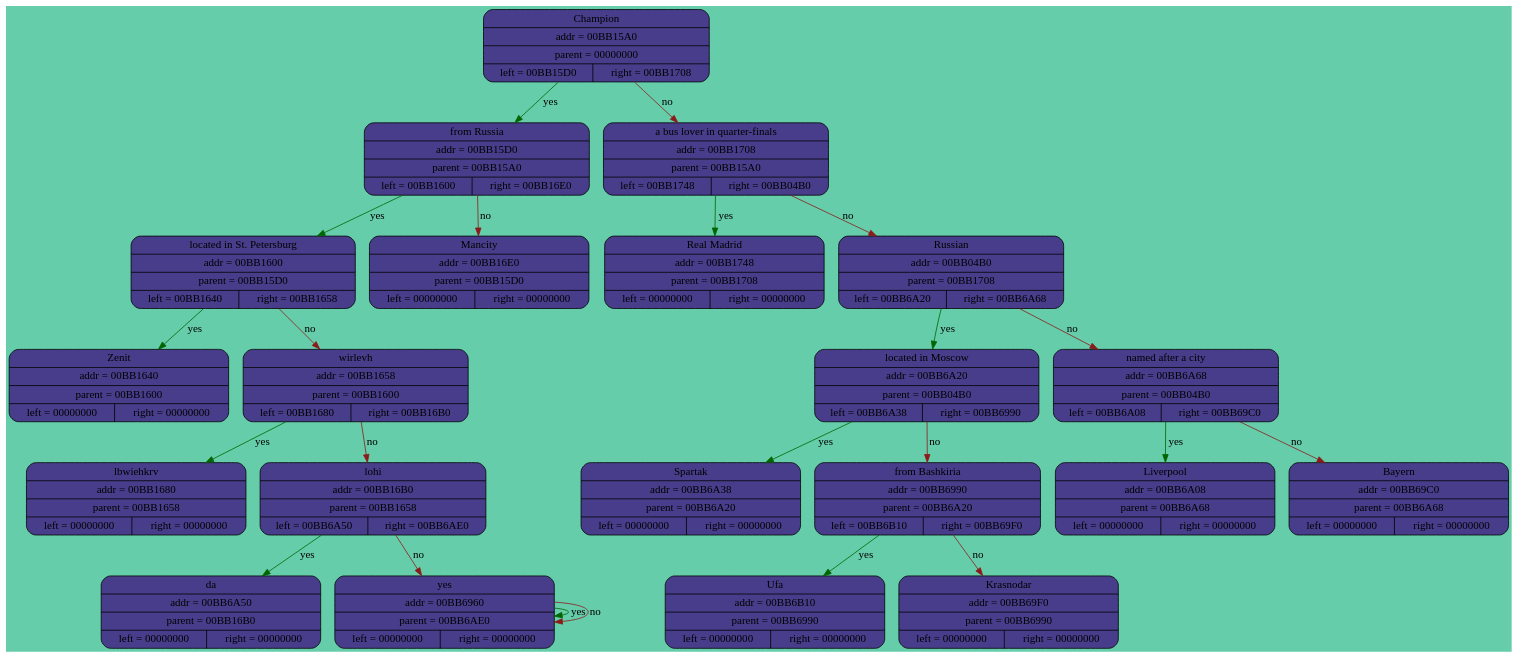
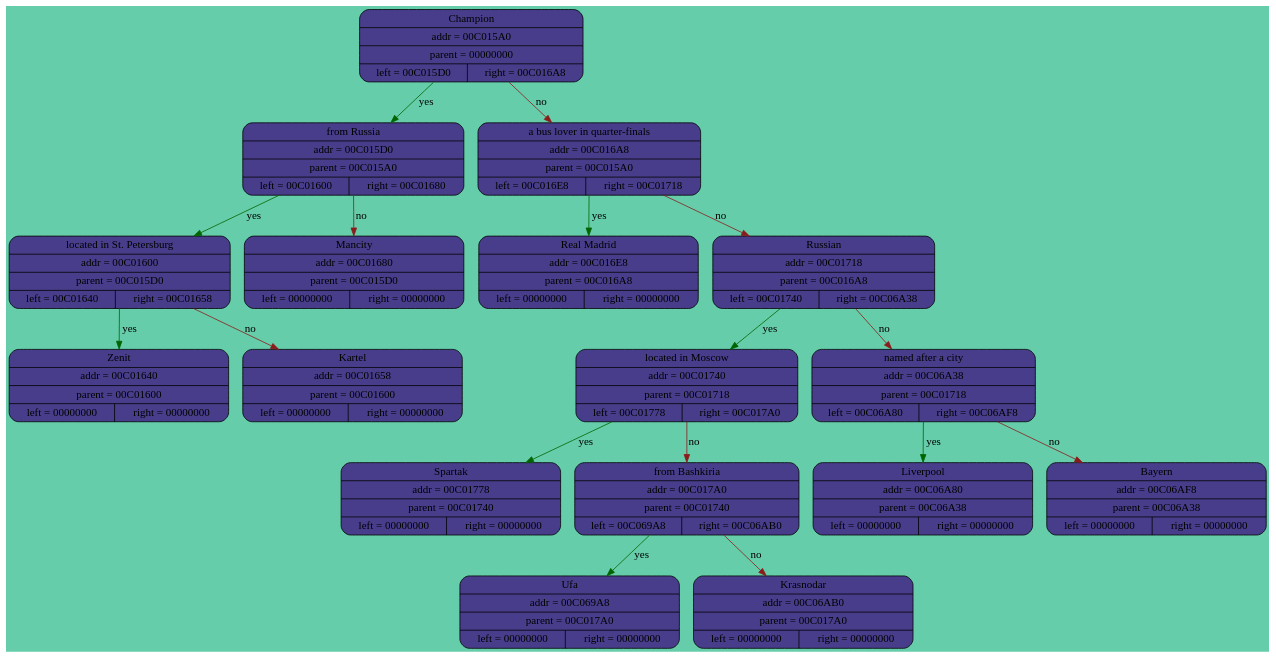
The diagram in Dump.dot (maachs/Akinator), drawn with Graphviz before and after one commit. The commit also changed 9 other files, not shown here.

```diff
--- a/Dump.dot
+++ b/Dump.dot
@@ -1,61 +1,46 @@
 digraph G
 {
  rankdir = UD
 bgcolor = "aquamarine3"
-"Champion" [shape = Mrecord, style = "filled", fillcolor = "darkslateblue", label = "{Champion | addr = 00BB15A0 | parent = 00000000 | {left = 00BB15D0 | right = 00BB1708}}"];
-"from Russia" [shape = Mrecord, style = "filled", fillcolor = "darkslateblue", label = "{from Russia | addr = 00BB15D0 | parent = 00BB15A0 | {left = 00BB1600 | right = 00BB16E0}}"];
-"located in St. Petersburg" [shape = Mrecord, style = "filled", fillcolor = "darkslateblue", label = "{located in St. Petersburg | addr = 00BB1600 | parent = 00BB15D0 | {left = 00BB1640 | right = 00BB1658}}"];
-"Zenit" [shape = Mrecord, style = "filled", fillcolor = "darkslateblue", label = "{Zenit | addr = 00BB1640 | parent = 00BB1600 | {left = 00000000 | right = 00000000}}"];
+"Champion" [shape = Mrecord, style = "filled", fillcolor = "darkslateblue", label = "{Champion | addr = 00C015A0 | parent = 00000000 | {left = 00C015D0 | right = 00C016A8}}"];
+"from Russia" [shape = Mrecord, style = "filled", fillcolor = "darkslateblue", label = "{from Russia | addr = 00C015D0 | parent = 00C015A0 | {left = 00C01600 | right = 00C01680}}"];
+"located in St. Petersburg" [shape = Mrecord, style = "filled", fillcolor = "darkslateblue", label = "{located in St. Petersburg | addr = 00C01600 | parent = 00C015D0 | {left = 00C01640 | right = 00C01658}}"];
+"Zenit" [shape = Mrecord, style = "filled", fillcolor = "darkslateblue", label = "{Zenit | addr = 00C01640 | parent = 00C01600 | {left = 00000000 | right = 00000000}}"];
  edge[color = "darkgreen", label = "yes"];
-"located in St. Petersburg" -> "Zenit";"wirlevh" [shape = Mrecord, style = "filled", fillcolor = "darkslateblue", label = "{wirlevh | addr = 00BB1658 | parent = 00BB1600 | {left = 00BB1680 | right = 00BB16B0}}"];
-"lbwiehkrv" [shape = Mrecord, style = "filled", fillcolor = "darkslateblue", label = "{lbwiehkrv | addr = 00BB1680 | parent = 00BB1658 | {left = 00000000 | right = 00000000}}"];
+"located in St. Petersburg" -> "Zenit";"Kartel" [shape = Mrecord, style = "filled", fillcolor = "darkslateblue", label = "{Kartel | addr = 00C01658 | parent = 00C01600 | {left = 00000000 | right = 00000000}}"];
+ edge[color = "firebrick4", label = "no"];
+"located in St. Petersburg" -> "Kartel";
  edge[color = "darkgreen", label = "yes"];
-"wirlevh" -> "lbwiehkrv";"lohi" [shape = Mrecord, style = "filled", fillcolor = "darkslateblue", label = "{lohi | addr = 00BB16B0 | parent = 00BB1658 | {left = 00BB6A50 | right = 00BB6AE0}}"];
-"da" [shape = Mrecord, style = "filled", fillcolor = "darkslateblue", label = "{da | addr = 00BB6A50 | parent = 00BB16B0 | {left = 00000000 | right = 00000000}}"];
- edge[color = "darkgreen", label = "yes"];
-"lohi" -> "da";"yes" [shape = Mrecord, style = "filled", fillcolor = "darkslateblue", label = "{yes | addr = 00BB6AE0 | parent = 00BB16B0 | {left = 00BB6B28 | right = 00BB6960}}"];
-"yes" [shape = Mrecord, style = "filled", fillcolor = "darkslateblue", label = "{yes | addr = 00BB6B28 | parent = 00BB6AE0 | {left = 00000000 | right = 00000000}}"];
- edge[color = "darkgreen", label = "yes"];
-"yes" -> "yes";"yes" [shape = Mrecord, style = "filled", fillcolor = "darkslateblue", label = "{yes | addr = 00BB6960 | parent = 00BB6AE0 | {left = 00000000 | right = 00000000}}"];
- edge[color = "firebrick4", label = "no"];
-"yes" -> "yes";
- edge[color = "firebrick4", label = "no"];
-"lohi" -> "yes";
- edge[color = "firebrick4", label = "no"];
-"wirlevh" -> "lohi";
- edge[color = "firebrick4", label = "no"];
-"located in St. Petersburg" -> "wirlevh";
- edge[color = "darkgreen", label = "yes"];
-"from Russia" -> "located in St. Petersburg";"Mancity" [shape = Mrecord, style = "filled", fillcolor = "darkslateblue", label = "{Mancity | addr = 00BB16E0 | parent = 00BB15D0 | {left = 00000000 | right = 00000000}}"];
+"from Russia" -> "located in St. Petersburg";"Mancity" [shape = Mrecord, style = "filled", fillcolor = "darkslateblue", label = "{Mancity | addr = 00C01680 | parent = 00C015D0 | {left = 00000000 | right = 00000000}}"];
  edge[color = "firebrick4", label = "no"];
 "from Russia" -> "Mancity";
  edge[color = "darkgreen", label = "yes"];
-"Champion" -> "from Russia";"a bus lover in quarter-finals" [shape = Mrecord, style = "filled", fillcolor = "darkslateblue", label = "{a bus lover in quarter-finals | addr = 00BB1708 | parent = 00BB15A0 | {left = 00BB1748 | right = 00BB04B0}}"];
-"Real Madrid" [shape = Mrecord, style = "filled", fillcolor = "darkslateblue", label = "{Real Madrid | addr = 00BB1748 | parent = 00BB1708 | {left = 00000000 | right = 00000000}}"];
+"Champion" -> "from Russia";"a bus lover in quarter-finals" [shape = Mrecord, style = "filled", fillcolor = "darkslateblue", label = "{a bus lover in quarter-finals | addr = 00C016A8 | parent = 00C015A0 | {left = 00C016E8 | right = 00C01718}}"];
+"Real Madrid" [shape = Mrecord, style = "filled", fillcolor = "darkslateblue", label = "{Real Madrid | addr = 00C016E8 | parent = 00C016A8 | {left = 00000000 | right = 00000000}}"];
  edge[color = "darkgreen", label = "yes"];
-"a bus lover in quarter-finals" -> "Real Madrid";"Russian" [shape = Mrecord, style = "filled", fillcolor = "darkslateblue", label = "{Russian | addr = 00BB04B0 | parent = 00BB1708 | {left = 00BB6A20 | right = 00BB6A68}}"];
-"located in Moscow" [shape = Mrecord, style = "filled", fillcolor = "darkslateblue", label = "{located in Moscow | addr = 00BB6A20 | parent = 00BB04B0 | {left = 00BB6A38 | right = 00BB6990}}"];
-"Spartak" [shape = Mrecord, style = "filled", fillcolor = "darkslateblue", label = "{Spartak | addr = 00BB6A38 | parent = 00BB6A20 | {left = 00000000 | right = 00000000}}"];
+"a bus lover in quarter-finals" -> "Real Madrid";"Russian" [shape = Mrecord, style = "filled", fillcolor = "darkslateblue", label = "{Russian | addr = 00C01718 | parent = 00C016A8 | {left = 00C01740 | right = 00C06A38}}"];
+"located in Moscow" [shape = Mrecord, style = "filled", fillcolor = "darkslateblue", label = "{located in Moscow | addr = 00C01740 | parent = 00C01718 | {left = 00C01778 | right = 00C017A0}}"];
+"Spartak" [shape = Mrecord, style = "filled", fillcolor = "darkslateblue", label = "{Spartak | addr = 00C01778 | parent = 00C01740 | {left = 00000000 | right = 00000000}}"];
  edge[color = "darkgreen", label = "yes"];
-"located in Moscow" -> "Spartak";"from Bashkiria" [shape = Mrecord, style = "filled", fillcolor = "darkslateblue", label = "{from Bashkiria | addr = 00BB6990 | parent = 00BB6A20 | {left = 00BB6B10 | right = 00BB69F0}}"];
-"Ufa" [shape = Mrecord, style = "filled", fillcolor = "darkslateblue", label = "{Ufa | addr = 00BB6B10 | parent = 00BB6990 | {left = 00000000 | right = 00000000}}"];
+"located in Moscow" -> "Spartak";"from Bashkiria" [shape = Mrecord, style = "filled", fillcolor = "darkslateblue", label = "{from Bashkiria | addr = 00C017A0 | parent = 00C01740 | {left = 00C069A8 | right = 00C06AB0}}"];
+"Ufa" [shape = Mrecord, style = "filled", fillcolor = "darkslateblue", label = "{Ufa | addr = 00C069A8 | parent = 00C017A0 | {left = 00000000 | right = 00000000}}"];
  edge[color = "darkgreen", label = "yes"];
-"from Bashkiria" -> "Ufa";"Krasnodar" [shape = Mrecord, style = "filled", fillcolor = "darkslateblue", label = "{Krasnodar | addr = 00BB69F0 | parent = 00BB6990 | {left = 00000000 | right = 00000000}}"];
+"from Bashkiria" -> "Ufa";"Krasnodar" [shape = Mrecord, style = "filled", fillcolor = "darkslateblue", label = "{Krasnodar | addr = 00C06AB0 | parent = 00C017A0 | {left = 00000000 | right = 00000000}}"];
  edge[color = "firebrick4", label = "no"];
 "from Bashkiria" -> "Krasnodar";
  edge[color = "firebrick4", label = "no"];
 "located in Moscow" -> "from Bashkiria";
  edge[color = "darkgreen", label = "yes"];
-"Russian" -> "located in Moscow";"named after a city" [shape = Mrecord, style = "filled", fillcolor = "darkslateblue", label = "{named after a city | addr = 00BB6A68 | parent = 00BB04B0 | {left = 00BB6A08 | right = 00BB69C0}}"];
-"Liverpool" [shape = Mrecord, style = "filled", fillcolor = "darkslateblue", label = "{Liverpool | addr = 00BB6A08 | parent = 00BB6A68 | {left = 00000000 | right = 00000000}}"];
+"Russian" -> "located in Moscow";"named after a city" [shape = Mrecord, style = "filled", fillcolor = "darkslateblue", label = "{named after a city | addr = 00C06A38 | parent = 00C01718 | {left = 00C06A80 | right = 00C06AF8}}"];
+"Liverpool" [shape = Mrecord, style = "filled", fillcolor = "darkslateblue", label = "{Liverpool | addr = 00C06A80 | parent = 00C06A38 | {left = 00000000 | right = 00000000}}"];
  edge[color = "darkgreen", label = "yes"];
-"named after a city" -> "Liverpool";"Bayern" [shape = Mrecord, style = "filled", fillcolor = "darkslateblue", label = "{Bayern | addr = 00BB69C0 | parent = 00BB6A68 | {left = 00000000 | right = 00000000}}"];
+"named after a city" -> "Liverpool";"Bayern" [shape = Mrecord, style = "filled", fillcolor = "darkslateblue", label = "{Bayern | addr = 00C06AF8 | parent = 00C06A38 | {left = 00000000 | right = 00000000}}"];
  edge[color = "firebrick4", label = "no"];
 "named after a city" -> "Bayern";
  edge[color = "firebrick4", label = "no"];
 "Russian" -> "named after a city";
  edge[color = "firebrick4", label = "no"];
 "a bus lover in quarter-finals" -> "Russian";
  edge[color = "firebrick4", label = "no"];
 "Champion" -> "a bus lover in quarter-finals";
 }
```
